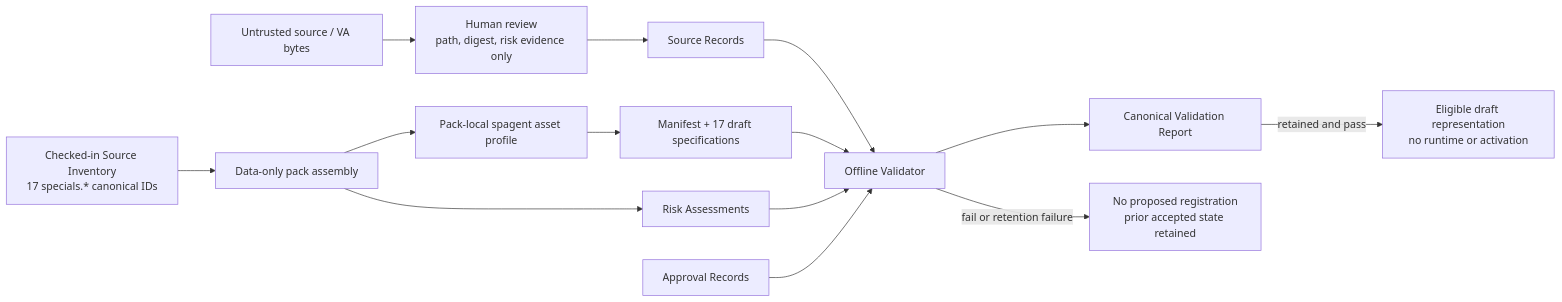
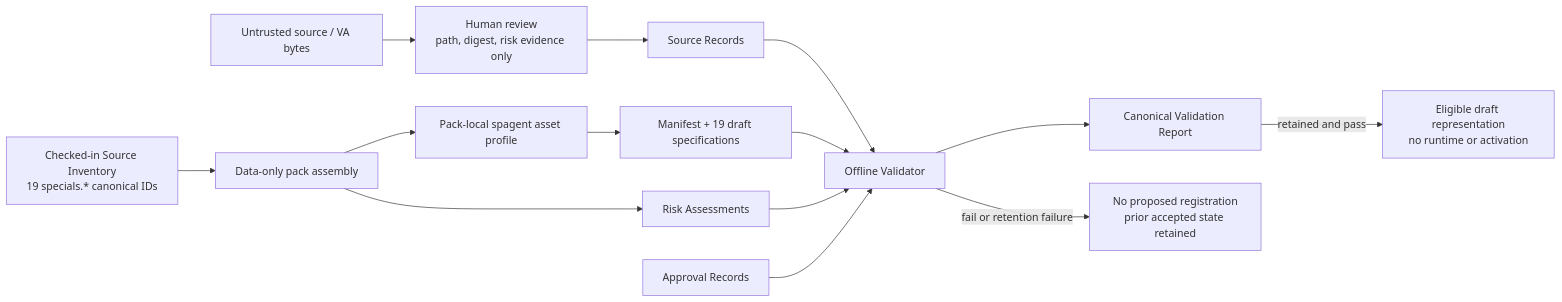
The diagram in .kiro/specs/special-business-agents/design.md (nicholashui/common-agent-swarm-ops), drawn with Mermaid before and after one commit. The commit also changed other lines of this file and 6 other files, not shown here.

````diff
--- a/.kiro/specs/special-business-agents/design.md
+++ b/.kiro/specs/special-business-agents/design.md
@@ -23,16 +23,16 @@
 ```mermaid
 flowchart LR
-  I[Checked-in Source Inventory\n17 specials.* canonical IDs] --> B[Data-only pack assembly]
+  I[Checked-in Source Inventory\n19 specials.* canonical IDs] --> B[Data-only pack assembly]
   U[Untrusted source / VA bytes] --> H[Human review\npath, digest, risk evidence only]
   H --> SR[Source Records]
   B --> P[Pack-local spagent asset profile]
-  P --> M[Manifest + 17 draft specifications]
+  P --> M[Manifest + 19 draft specifications]
   B --> RA[Risk Assessments]
   SR --> V[Offline Validator]
   M --> V
   RA --> V
   AR[Approval Records] --> V
   V --> R[Canonical Validation Report]
   R -->|retained and pass| E[Eligible draft representation\nno runtime or activation]
   V -->|fail or retention failure| X[No proposed registration\nprior accepted state retained]
 ```
````
